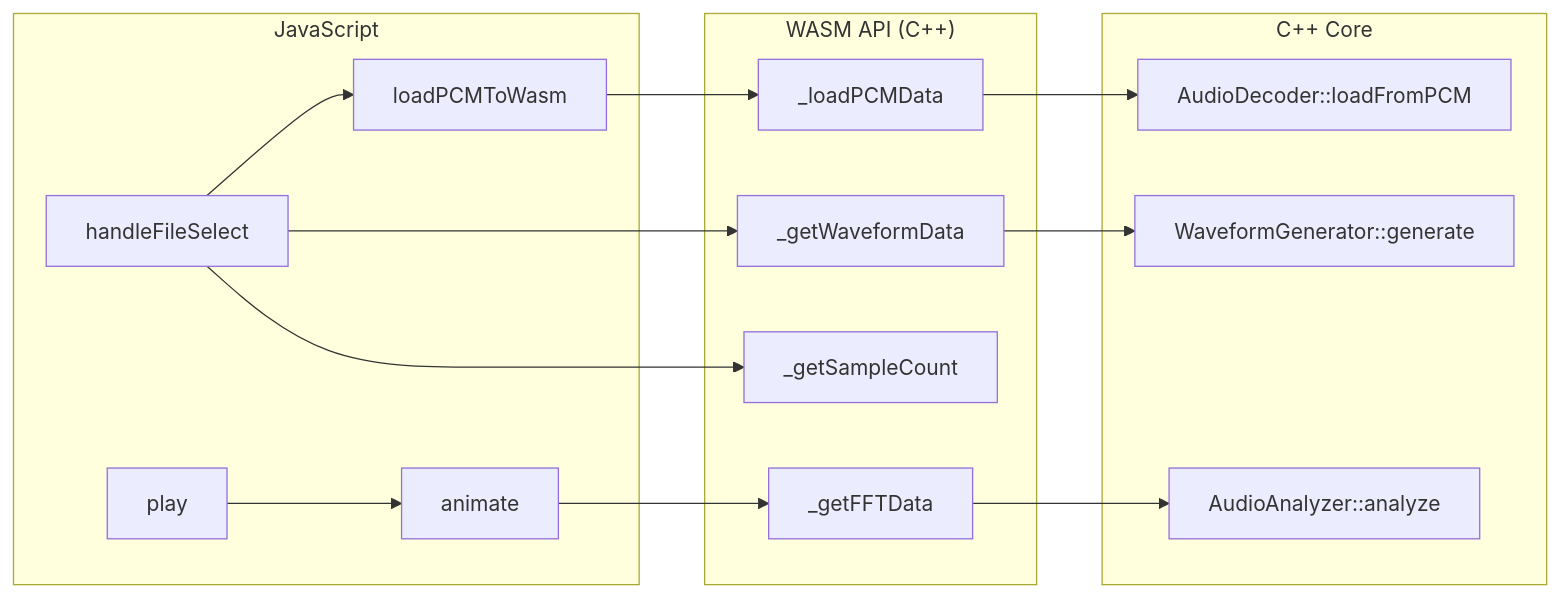
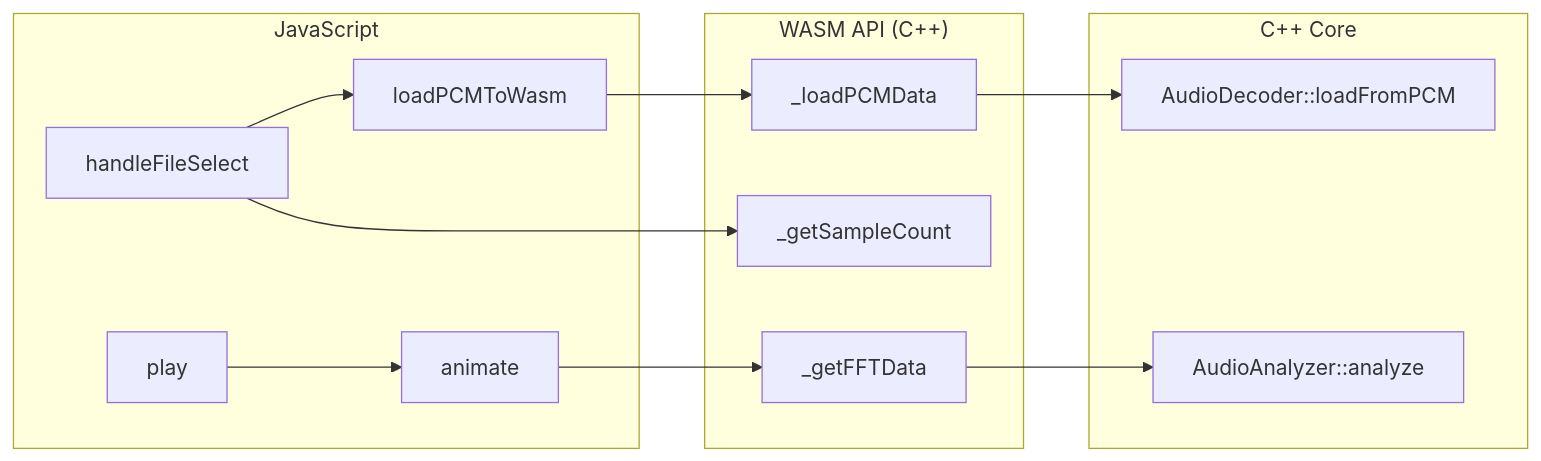
Before and after one commit to AshtonYoon/wasm-audio-visualizer: the eighth of 8 diagrams in ARCHITECTURE.md, drawn with Mermaid. The commit also changed other lines of this file and 6 other files, not shown here.

Commit message:
- disable feature (waveform generator)

````diff
--- a/ARCHITECTURE.md
+++ b/ARCHITECTURE.md
@@ -405,35 +378,30 @@
 ```mermaid
 graph LR
     subgraph JavaScript
         handleFileSelect[handleFileSelect]
         loadPCMToWasm[loadPCMToWasm]
         play[play]
         animate[animate]
     end
 
     subgraph "WASM API (C++)"
         _loadPCMData[_loadPCMData]
-        _getWaveformData[_getWaveformData]
         _getFFTData[_getFFTData]
         _getSampleCount[_getSampleCount]
     end
 
     subgraph "C++ Core"
         loadFromPCM[AudioDecoder::loadFromPCM]
-        generate[WaveformGenerator::generate]
         analyze[AudioAnalyzer::analyze]
     end
 
     handleFileSelect --> loadPCMToWasm
     loadPCMToWasm --> _loadPCMData
     _loadPCMData --> loadFromPCM
 
-    handleFileSelect --> _getWaveformData
-    _getWaveformData --> generate
-
     play --> animate
     animate --> _getFFTData
     _getFFTData --> analyze
 
     handleFileSelect --> _getSampleCount
 ```
````
